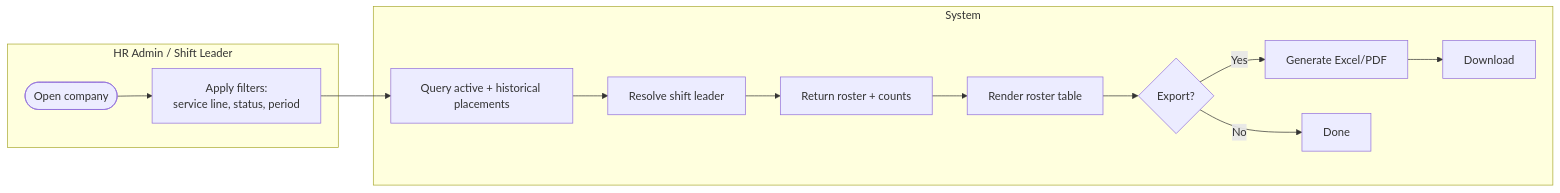
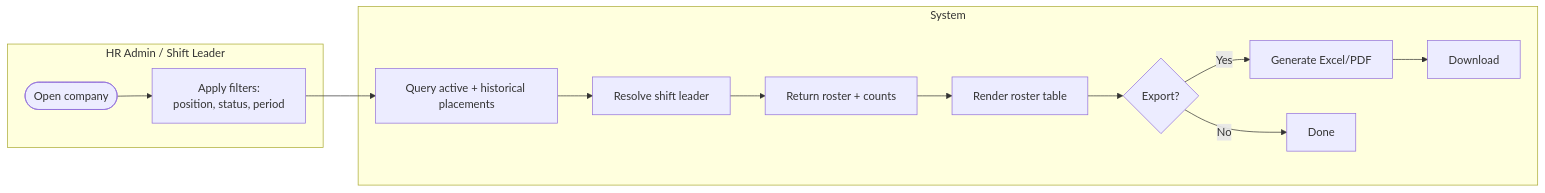
One commit to hariszaki17/hris-outsource changed the sixth of 6 diagrams in docs/epics/E3-placement/FEATURE.md. Above: the diagram before and after it, drawn with Mermaid. The commit also changed other lines of this file and 239 other files, not shown here.

First line of the commit message:
feat!: remove service line concept end-to-end

````diff
--- a/docs/epics/E3-placement/FEATURE.md
+++ b/docs/epics/E3-placement/FEATURE.md
@@ -237,15 +236,15 @@
 ```mermaid
 flowchart LR
     subgraph User[HR Admin / Shift Leader]
-        R1([Open company]) --> R2[Apply filters:<br/>service line, status, period]
+        R1([Open company]) --> R2[Apply filters:<br/>position, status, period]
     end
     subgraph SYS[System]
         R2 --> Q1[Query active + historical placements]
         Q1 --> Q2[Resolve shift leader]
         Q2 --> Q3[Return roster + counts]
         Q3 --> R3[Render roster table]
         R3 --> R4{Export?}
         R4 -- Yes --> Q4[Generate Excel/PDF] --> R5[Download]
         R4 -- No --> R6[Done]
     end
 ```
````
